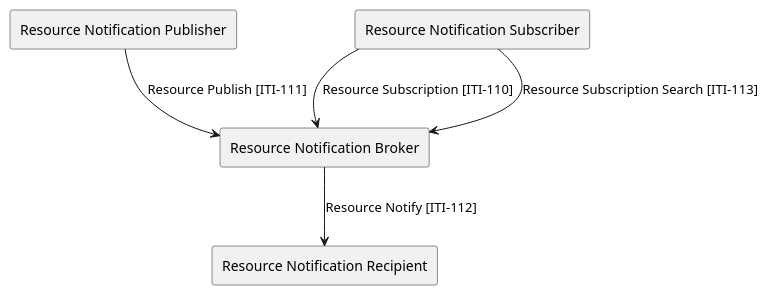
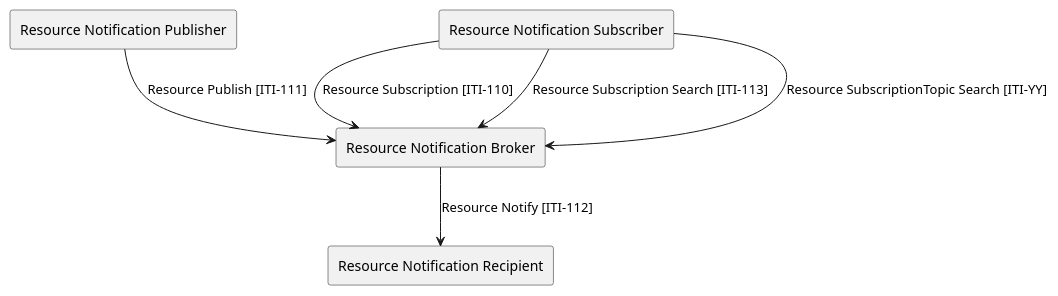
Before and after one commit to IHE/ITI.DSUBm: the diagram in input/images-source/ActorsAndTransactions.plantuml, drawn with PlantUML. The commit also changed 5 other files, not shown here.

```diff
--- a/input/images-source/ActorsAndTransactions.plantuml
+++ b/input/images-source/ActorsAndTransactions.plantuml
@@ -1,10 +1,11 @@
 @startuml
 agent "Resource Notification Publisher" as Publisher
 agent "Resource Notification Broker" as Broker
 agent "Resource Notification Subscriber" as Subscriber
 agent "Resource Notification Recipient" as Recipient
 Publisher --> Broker : "Resource Publish [ITI-111]"
 Subscriber --> Broker : "Resource Subscription [ITI-110]"
 Subscriber --> Broker : "Resource Subscription Search [ITI-113]"
+Subscriber --> Broker : "Resource SubscriptionTopic Search [ITI-YY]"
 Broker --> Recipient : "Resource Notify [ITI-112]"
 @enduml
```
